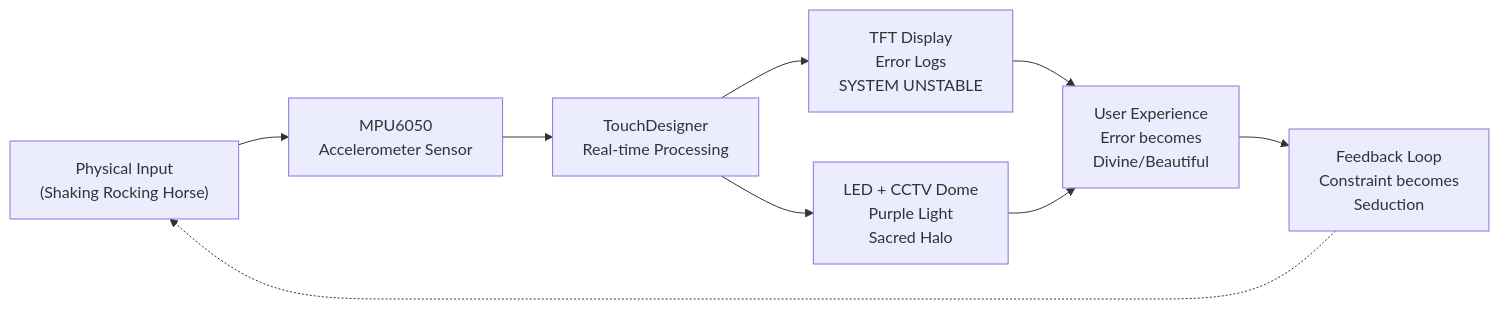
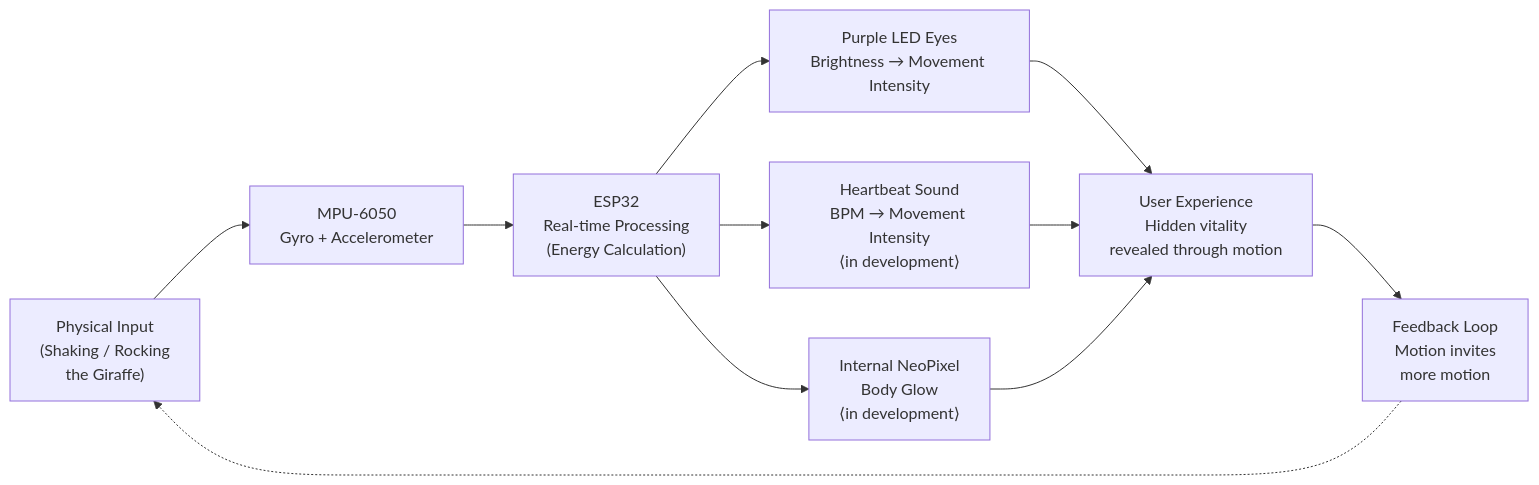
Before and after one commit to mxxnsae/mxxnsae.github.io: the second of 2 diagrams in Interaction_Protocol_Diagrams.md, drawn with Mermaid. The commit also changed other lines of this file and 2 other files, not shown here.

Commit message:
Remove wire mesh references from Kirin descriptions

````diff
--- a/Interaction_Protocol_Diagrams.md
+++ b/Interaction_Protocol_Diagrams.md
@@ -31,22 +31,24 @@
 ```mermaid
 flowchart LR
-    Input["Physical Input<br/>(Shaking Rocking Horse)"]
-    Sensor["MPU6050<br/>Accelerometer Sensor"]
-    Processing["TouchDesigner<br/>Real-time Processing"]
-    
-    DisplayOutput["TFT Display<br/>Error Logs<br/>SYSTEM UNSTABLE"]
-    LightOutput["LED + CCTV Dome<br/>Purple Light<br/>Sacred Halo"]
-    
-    Experience["User Experience<br/>Error becomes<br/>Divine/Beautiful"]
-    
-    Feedback["Feedback Loop<br/>Constraint becomes<br/>Seduction"]
-    
+    Input["Physical Input<br/>(Shaking / Rocking<br/>the Giraffe)"]
+    Sensor["MPU-6050<br/>Gyro + Accelerometer"]
+    ESP32["ESP32<br/>Real-time Processing<br/>(Energy Calculation)"]
+
+    EyeLED["Purple LED Eyes<br/>Brightness → Movement Intensity"]
+    Sound["Heartbeat Sound<br/>BPM → Movement Intensity<br/>⟨in development⟩"]
+    InternalGlow["Internal NeoPixel<br/>Body Glow<br/>⟨in development⟩"]
+
+    Experience["User Experience<br/>Hidden vitality<br/>revealed through motion"]
+    Feedback["Feedback Loop<br/>Motion invites<br/>more motion"]
+
     Input-->Sensor
-    Sensor-->Processing
-    Processing-->DisplayOutput
-    Processing-->LightOutput
-    DisplayOutput-->Experience
-    LightOutput-->Experience
+    Sensor-->ESP32
+    ESP32-->EyeLED
+    ESP32-->Sound
+    ESP32-->InternalGlow
+    EyeLED-->Experience
+    Sound-->Experience
+    InternalGlow-->Experience
     Experience-->Feedback
     Feedback-.->Input
 ```
````
